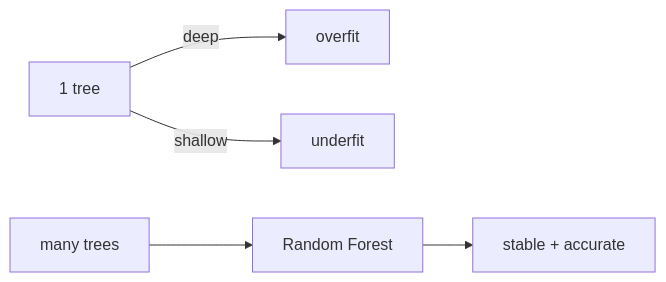
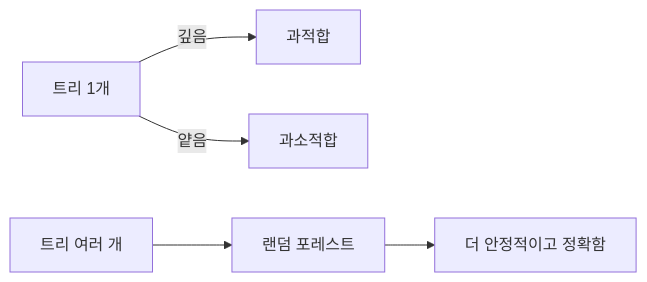
Before and after one commit to yeongseon-books/book-content: the diagram in content/machine-learning-101/ko/06-decision-tree-and-random-forest.md, drawn with Mermaid. The commit also changed other lines of this file and 6 other files, not shown here.

````diff
--- a/content/machine-learning-101/ko/06-decision-tree-and-random-forest.md
+++ b/content/machine-learning-101/ko/06-decision-tree-and-random-forest.md
@@ -33,7 +47,7 @@
 ```mermaid
 flowchart LR
-    Tree["1 tree"] -->|deep| Over["overfit"]
-    Tree -->|shallow| Under["underfit"]
-    Many["many trees"] --> Forest["Random Forest"]
-    Forest --> Stable["stable + accurate"]
+    Tree["트리 1개"] -->|깊음| Over["과적합"]
+    Tree -->|얕음| Under["과소적합"]
+    Many["트리 여러 개"] --> Forest["랜덤 포레스트"]
+    Forest --> Stable["더 안정적이고 정확함"]
 ```
````
